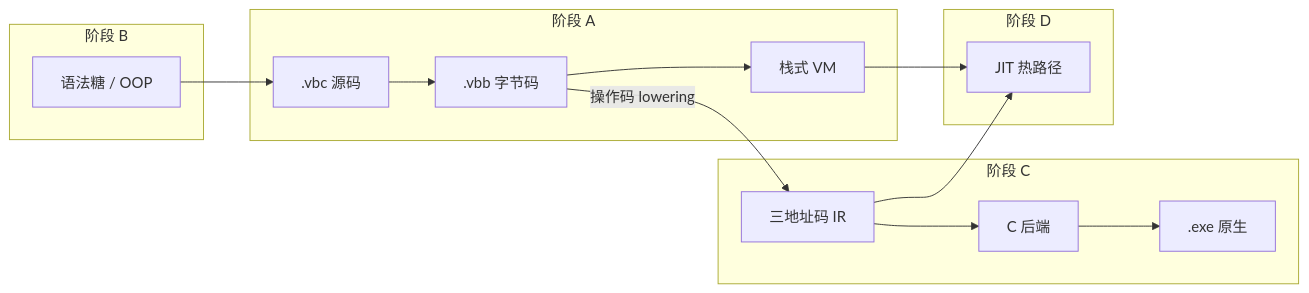
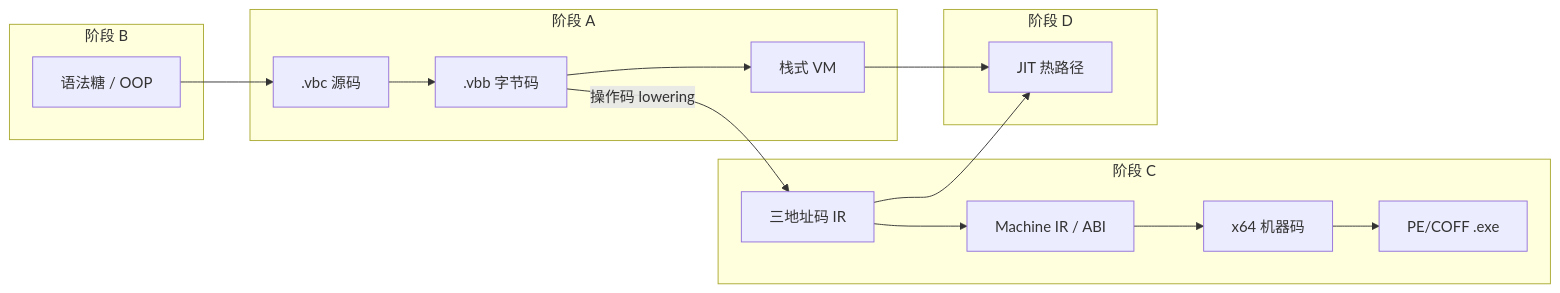
One commit to kalinote/verbose-c changed the diagram in docs/FEATURE_IMPLEMENTATION_TARGETS.md. Above: the diagram before and after it, drawn with Mermaid. The commit also changed other lines of this file and 17 other files, not shown here.

Commit message:
实现 Windows x64 Native 后端，新增 Machine IR 降低功能，支持将三地址码 IR 转换为机器码，完善 ABI 定义和寄存器布局。更新文档以反映新特性，新增测试用例验证机器码生成和错误处理，支持 CLI 输出机器 IR 相关信息。

````diff
--- a/docs/FEATURE_IMPLEMENTATION_TARGETS.md
+++ b/docs/FEATURE_IMPLEMENTATION_TARGETS.md
@@ -481,28 +495,29 @@
 ```mermaid
 flowchart LR
     subgraph PhaseA["阶段 A"]
         VBC[".vbc 源码"]
         VBB[".vbb 字节码"]
         VM["栈式 VM"]
         VBC --> VBB --> VM
     end
 
     subgraph PhaseB["阶段 B"]
         Sugar["语法糖 / OOP"]
     end
 
     subgraph PhaseC["阶段 C"]
         IR["三地址码 IR"]
-        EmitC["C 后端"]
-        Native[".exe 原生"]
-        VBB -->|操作码 lowering| IR --> EmitC --> Native
+        MIR["Machine IR / ABI"]
+        Codegen["x64 机器码"]
+        EXE["PE/COFF .exe"]
+        VBB -->|操作码 lowering| IR --> MIR --> Codegen --> EXE
     end
 
     subgraph PhaseD["阶段 D"]
         JIT["JIT 热路径"]
         VM --> JIT
         IR --> JIT
     end
 
     Sugar --> VBC
 ```
````
